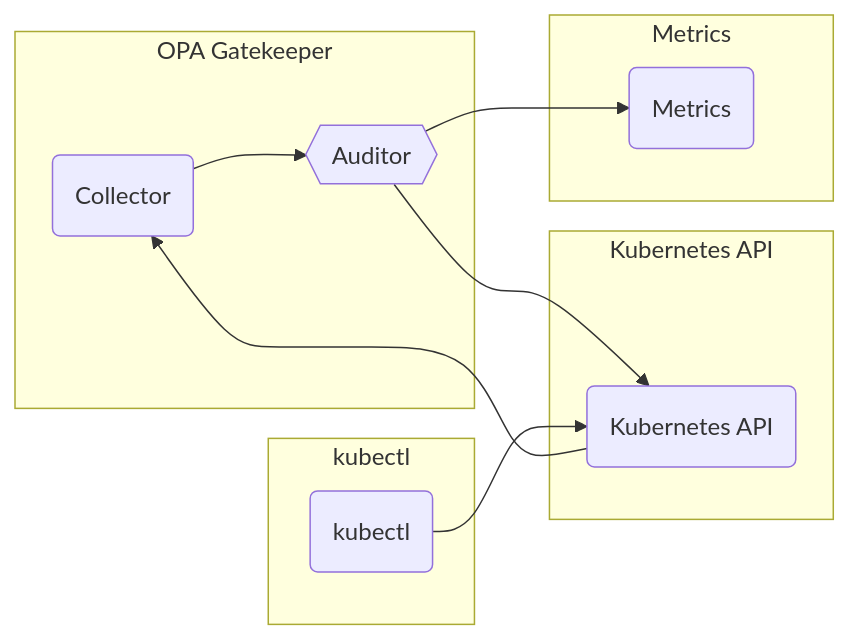
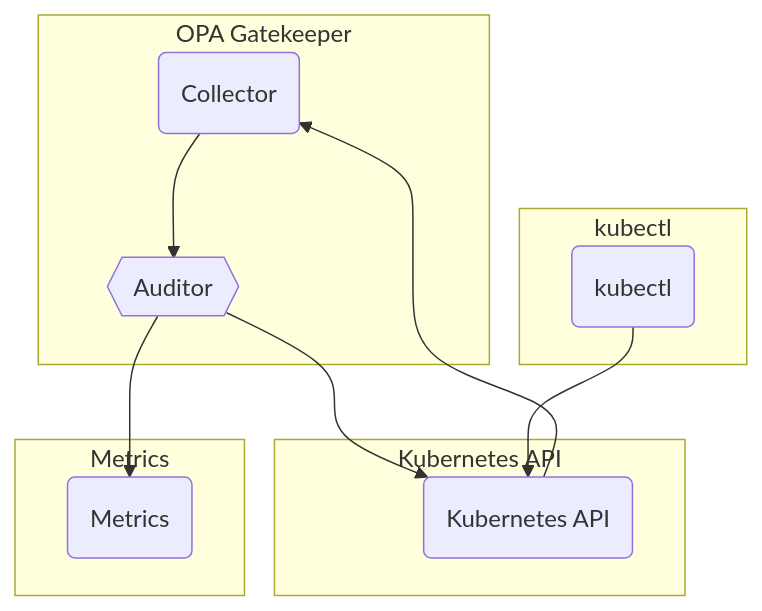
Before and after one commit to rjferguson21/big-bang: the diagram in charter/packages/opa-gatekeeper/Architecture.md, drawn with Mermaid.

````diff
--- a/charter/packages/opa-gatekeeper/Architecture.md
+++ b/charter/packages/opa-gatekeeper/Architecture.md
@@ -9,19 +9,19 @@
 ```mermaid
-graph LR
+graph TB
   subgraph "OPA Gatekeeper"
     collector("Collector") --> auditor{{Auditor}}
   end      
 
   subgraph "Kubernetes API"
     api("Kubernetes API") --> collector("Collector")
     auditor{{Auditor}} --> api("Kubernetes API")
   end
 
   subgraph "kubectl"
     ctl("kubectl") --> api("Kubernetes API")
   end
 
   subgraph "Metrics"
     auditor{{Auditor}} --> metrics("Metrics")
   end
 ```
````
